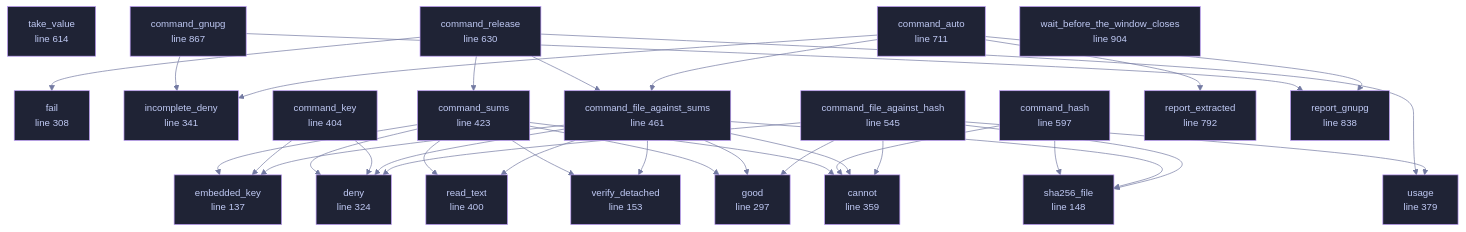
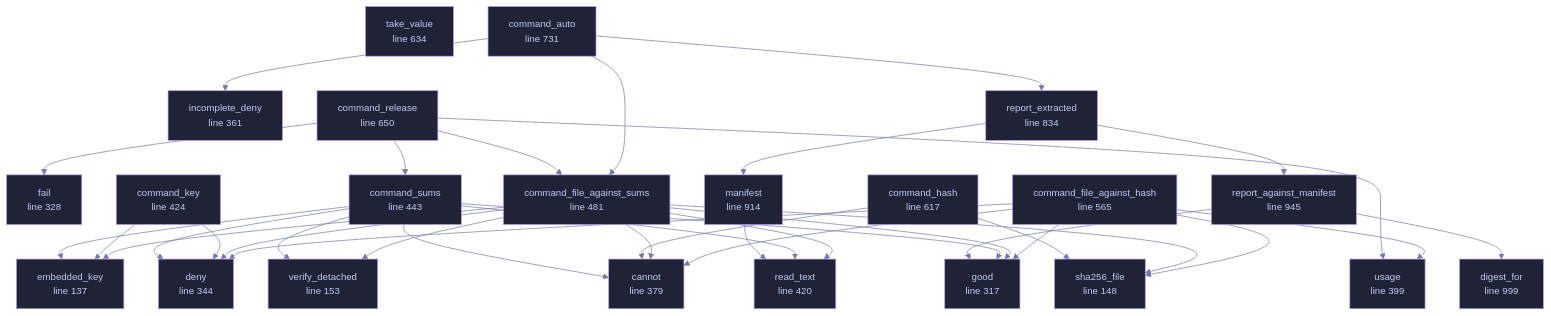
One commit to tilas01/veilvoice changed the diagram in wiki/File-veilvoice-verify-main.md. Above: the diagram before and after it, drawn with Mermaid. The commit also changed other lines of this file and 108 other files, not shown here.

````diff
--- a/wiki/File-veilvoice-verify-main.md
+++ b/wiki/File-veilvoice-verify-main.md
@@ -89,29 +93,28 @@
     n_embedded_key["embedded_key<br/>line 137"]
     n_sha256_file["sha256_file<br/>line 148"]
     n_verify_detached["verify_detached<br/>line 153"]
-    n_good["good<br/>line 297"]
-    n_fail["fail<br/>line 308"]
-    n_deny["deny<br/>line 324"]
-    n_incomplete_deny["incomplete_deny<br/>line 341"]
-    n_cannot["cannot<br/>line 359"]
-    n_usage["usage<br/>line 379"]
-    n_read_text["read_text<br/>line 400"]
-    n_command_key["command_key<br/>line 404"]
-    n_command_sums["command_sums<br/>line 423"]
-    n_command_file_against_sums["command_file_against_sums<br/>line 461"]
-    n_command_file_against_hash["command_file_against_hash<br/>line 545"]
-    n_command_hash["command_hash<br/>line 597"]
-    n_take_value["take_value<br/>line 614"]
-    n_command_release["command_release<br/>line 630"]
-    n_command_auto["command_auto<br/>line 711"]
-    n_report_extracted["report_extracted<br/>line 792"]
-    n_report_gnupg["report_gnupg<br/>line 838"]
-    n_command_gnupg["command_gnupg<br/>line 867"]
-    n_wait_before_the_window_closes["wait_before_the_window_closes<br/>line 904"]
+    n_good["good<br/>line 317"]
+    n_fail["fail<br/>line 328"]
+    n_deny["deny<br/>line 344"]
+    n_incomplete_deny["incomplete_deny<br/>line 361"]
+    n_cannot["cannot<br/>line 379"]
+    n_usage["usage<br/>line 399"]
+    n_read_text["read_text<br/>line 420"]
+    n_command_key["command_key<br/>line 424"]
+    n_command_sums["command_sums<br/>line 443"]
+    n_command_file_against_sums["command_file_against_sums<br/>line 481"]
+    n_command_file_against_hash["command_file_against_hash<br/>line 565"]
+    n_command_hash["command_hash<br/>line 617"]
+    n_take_value["take_value<br/>line 634"]
+    n_command_release["command_release<br/>line 650"]
+    n_command_auto["command_auto<br/>line 731"]
+    n_report_extracted["report_extracted<br/>line 834"]
+    n_manifest["manifest<br/>line 914"]
+    n_report_against_manifest["report_against_manifest<br/>line 945"]
+    n_digest_for["digest_for<br/>line 999"]
     n_command_auto --> n_command_file_against_sums
     n_command_auto --> n_incomplete_deny
     n_command_auto --> n_report_extracted
-    n_command_auto --> n_report_gnupg
     n_command_file_against_hash --> n_cannot
     n_command_file_against_hash --> n_deny
     n_command_file_against_hash --> n_good
@@ -124,8 +127,6 @@
     n_command_file_against_sums --> n_read_text
     n_command_file_against_sums --> n_sha256_file
     n_command_file_against_sums --> n_verify_detached
-    n_command_gnupg --> n_incomplete_deny
-    n_command_gnupg --> n_report_gnupg
     n_command_hash --> n_cannot
     n_command_hash --> n_sha256_file
     n_command_key --> n_deny
@@ -140,28 +141,33 @@
     n_command_sums --> n_good
     n_command_sums --> n_read_text
     n_command_sums --> n_verify_detached
+    n_manifest --> n_read_text
+    n_report_against_manifest --> n_digest_for
+    n_report_against_manifest --> n_good
+    n_report_extracted --> n_manifest
+    n_report_extracted --> n_report_against_manifest
     click n_embedded_key href "https://github.com/tilas01/veilvoice/blob/main/crates/veilvoice-verify/src/main.rs#L137" "open the source"
     click n_sha256_file href "https://github.com/tilas01/veilvoice/blob/main/crates/veilvoice-verify/src/main.rs#L148" "open the source"
     click n_verify_detached href "https://github.com/tilas01/veilvoice/blob/main/crates/veilvoice-verify/src/main.rs#L153" "open the source"
-    click n_good href "https://github.com/tilas01/veilvoice/blob/main/crates/veilvoice-verify/src/main.rs#L297" "open the source"
-    click n_fail href "https://github.com/tilas01/veilvoice/blob/main/crates/veilvoice-verify/src/main.rs#L308" "open the source"
-    click n_deny href "https://github.com/tilas01/veilvoice/blob/main/crates/veilvoice-verify/src/main.rs#L324" "open the source"
-    click n_incomplete_deny href "https://github.com/tilas01/veilvoice/blob/main/crates/veilvoice-verify/src/main.rs#L341" "open the source"
-    click n_cannot href "https://github.com/tilas01/veilvoice/blob/main/crates/veilvoice-verify/src/main.rs#L359" "open the source"
-    click n_usage href "https://github.com/tilas01/veilvoice/blob/main/crates/veilvoice-verify/src/main.rs#L379" "open the source"
-    click n_read_text href "https://github.com/tilas01/veilvoice/blob/main/crates/veilvoice-verify/src/main.rs#L400" "open the source"
-    click n_command_key href "https://github.com/tilas01/veilvoice/blob/main/crates/veilvoice-verify/src/main.rs#L404" "open the source"
-    click n_command_sums href "https://github.com/tilas01/veilvoice/blob/main/crates/veilvoice-verify/src/main.rs#L423" "open the source"
-    click n_command_file_against_sums href "https://github.com/tilas01/veilvoice/blob/main/crates/veilvoice-verify/src/main.rs#L461" "open the source"
-    click n_command_file_against_hash href "https://github.com/tilas01/veilvoice/blob/main/crates/veilvoice-verify/src/main.rs#L545" "open the source"
-    click n_command_hash href "https://github.com/tilas01/veilvoice/blob/main/crates/veilvoice-verify/src/main.rs#L597" "open the source"
-    click n_take_value href "https://github.com/tilas01/veilvoice/blob/main/crates/veilvoice-verify/src/main.rs#L614" "open the source"
-    click n_command_release href "https://github.com/tilas01/veilvoice/blob/main/crates/veilvoice-verify/src/main.rs#L630" "open the source"
-    click n_command_auto href "https://github.com/tilas01/veilvoice/blob/main/crates/veilvoice-verify/src/main.rs#L711" "open the source"
-    click n_report_extracted href "https://github.com/tilas01/veilvoice/blob/main/crates/veilvoice-verify/src/main.rs#L792" "open the source"
-    click n_report_gnupg href "https://github.com/tilas01/veilvoice/blob/main/crates/veilvoice-verify/src/main.rs#L838" "open the source"
-    click n_command_gnupg href "https://github.com/tilas01/veilvoice/blob/main/crates/veilvoice-verify/src/main.rs#L867" "open the source"
-    click n_wait_before_the_window_closes href "https://github.com/tilas01/veilvoice/blob/main/crates/veilvoice-verify/src/main.rs#L904" "open the source"
+    click n_good href "https://github.com/tilas01/veilvoice/blob/main/crates/veilvoice-verify/src/main.rs#L317" "open the source"
+    click n_fail href "https://github.com/tilas01/veilvoice/blob/main/crates/veilvoice-verify/src/main.rs#L328" "open the source"
+    click n_deny href "https://github.com/tilas01/veilvoice/blob/main/crates/veilvoice-verify/src/main.rs#L344" "open the source"
+    click n_incomplete_deny href "https://github.com/tilas01/veilvoice/blob/main/crates/veilvoice-verify/src/main.rs#L361" "open the source"
+    click n_cannot href "https://github.com/tilas01/veilvoice/blob/main/crates/veilvoice-verify/src/main.rs#L379" "open the source"
+    click n_usage href "https://github.com/tilas01/veilvoice/blob/main/crates/veilvoice-verify/src/main.rs#L399" "open the source"
+    click n_read_text href "https://github.com/tilas01/veilvoice/blob/main/crates/veilvoice-verify/src/main.rs#L420" "open the source"
+    click n_command_key href "https://github.com/tilas01/veilvoice/blob/main/crates/veilvoice-verify/src/main.rs#L424" "open the source"
+    click n_command_sums href "https://github.com/tilas01/veilvoice/blob/main/crates/veilvoice-verify/src/main.rs#L443" "open the source"
+    click n_command_file_against_sums href "https://github.com/tilas01/veilvoice/blob/main/crates/veilvoice-verify/src/main.rs#L481" "open the source"
+    click n_command_file_against_hash href "https://github.com/tilas01/veilvoice/blob/main/crates/veilvoice-verify/src/main.rs#L565" "open the source"
+    click n_command_hash href "https://github.com/tilas01/veilvoice/blob/main/crates/veilvoice-verify/src/main.rs#L617" "open the source"
+    click n_take_value href "https://github.com/tilas01/veilvoice/blob/main/crates/veilvoice-verify/src/main.rs#L634" "open the source"
+    click n_command_release href "https://github.com/tilas01/veilvoice/blob/main/crates/veilvoice-verify/src/main.rs#L650" "open the source"
+    click n_command_auto href "https://github.com/tilas01/veilvoice/blob/main/crates/veilvoice-verify/src/main.rs#L731" "open the source"
+    click n_report_extracted href "https://github.com/tilas01/veilvoice/blob/main/crates/veilvoice-verify/src/main.rs#L834" "open the source"
+    click n_manifest href "https://github.com/tilas01/veilvoice/blob/main/crates/veilvoice-verify/src/main.rs#L914" "open the source"
+    click n_report_against_manifest href "https://github.com/tilas01/veilvoice/blob/main/crates/veilvoice-verify/src/main.rs#L945" "open the source"
+    click n_digest_for href "https://github.com/tilas01/veilvoice/blob/main/crates/veilvoice-verify/src/main.rs#L999" "open the source"
     classDef helper fill:#1f2335,stroke:#bb9af7,color:#c0caf5
-    class n_embedded_key,n_sha256_file,n_verify_detached,n_good,n_fail,n_deny,n_incomplete_deny,n_cannot,n_usage,n_read_text,n_command_key,n_command_sums,n_command_file_against_sums,n_command_file_against_hash,n_command_hash,n_take_value,n_command_release,n_command_auto,n_report_extracted,n_report_gnupg,n_command_gnupg,n_wait_before_the_window_closes helper
+    class n_embedded_key,n_sha256_file,n_verify_detached,n_good,n_fail,n_deny,n_incomplete_deny,n_cannot,n_usage,n_read_text,n_command_key,n_command_sums,n_command_file_against_sums,n_command_file_against_hash,n_command_hash,n_take_value,n_command_release,n_command_auto,n_report_extracted,n_manifest,n_report_against_manifest,n_digest_for helper
 ```
````
